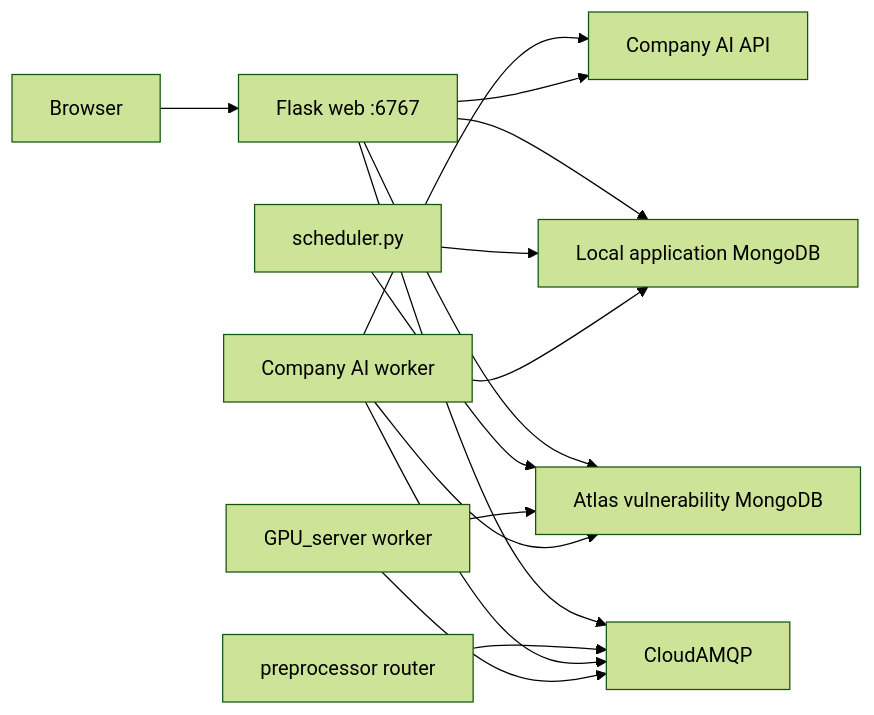
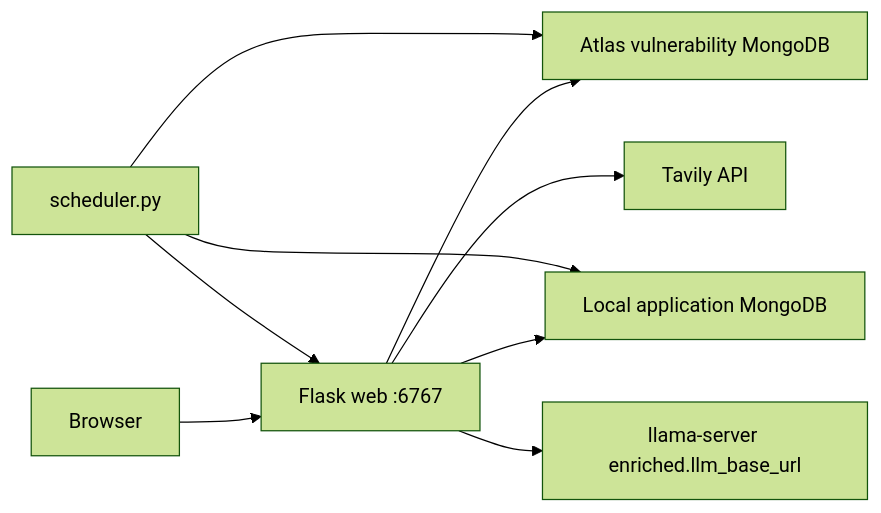
One commit to Benchan691/VulnBrief changed the diagram in README.md. Above: the diagram before and after it, drawn with Mermaid (forest theme). The commit also changed other lines of this file and 51 other files, not shown here.

````diff
--- a/README.md
+++ b/README.md
@@ -21,17 +14,11 @@
 ```mermaid
 flowchart LR
   Browser --> Web["Flask web :6767"]
   Web --> Atlas["Atlas vulnerability MongoDB"]
   Web --> LocalMongo["Local application MongoDB"]
-  Web --> CloudAMQP
+  Web --> Tavily["Tavily API"]
+  Web --> Llama["llama-server enriched.llm_base_url"]
   Scheduler["scheduler.py"] --> Atlas
   Scheduler --> LocalMongo
-  Router["preprocessor router"] --> CloudAMQP
-  CompanyWorker["Company AI worker"] --> CloudAMQP
-  GPU["GPU_server worker"] --> CloudAMQP
-  GPU --> Atlas
-  CompanyWorker --> Atlas
-  CompanyWorker --> LocalMongo
-  CompanyWorker --> CompanyAI["Company AI API"]
-  Web --> CompanyAI
+  Scheduler --> Web
 ```
````
